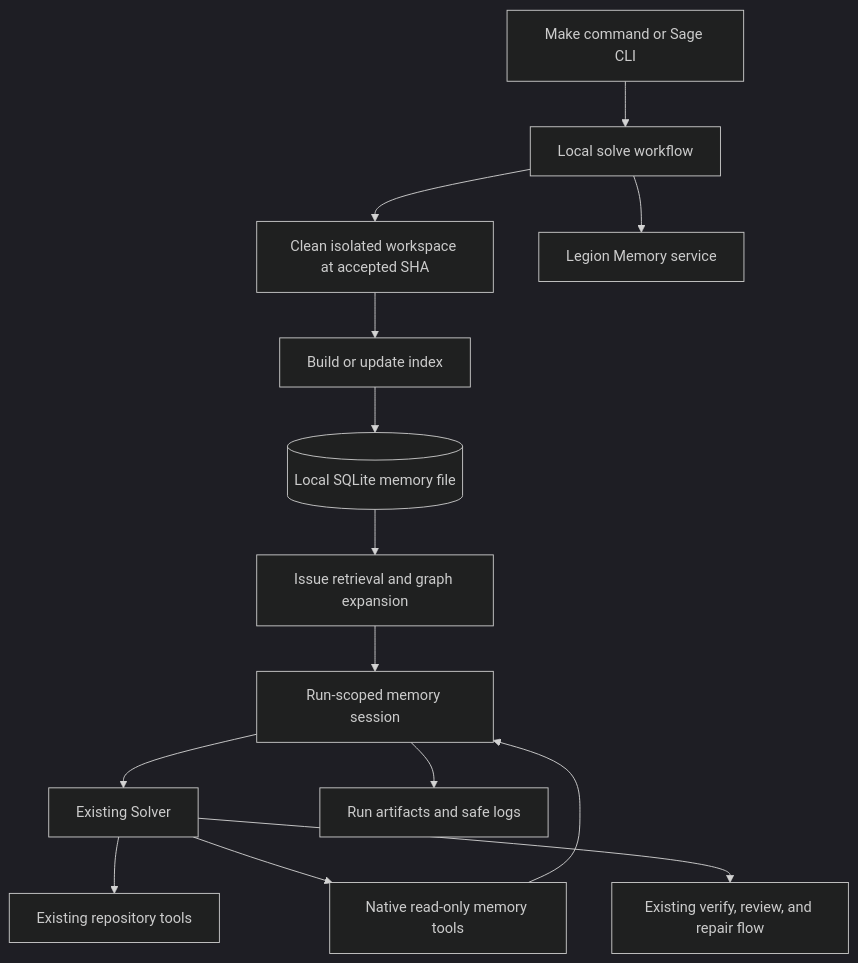
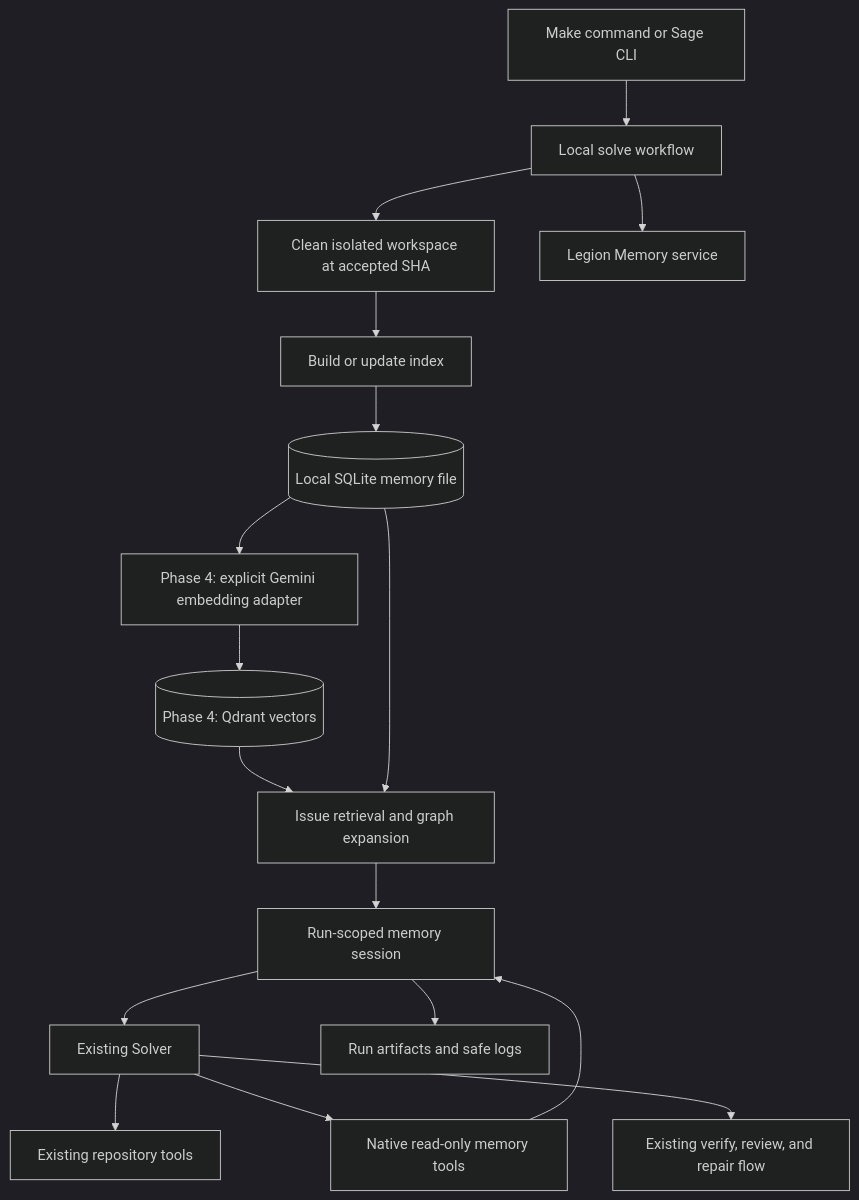
Before and after one commit to 24aysh/sage: the diagram in specs/25_LEGION_MEMORY_IMPLEMENTATION_PLAN.md, drawn with Mermaid (dark theme). The commit also changed other lines of this file, not shown here.

Commit message:
docs(legion-memory): record phase 4 plan and parity gaps

````diff
--- a/specs/25_LEGION_MEMORY_IMPLEMENTATION_PLAN.md
+++ b/specs/25_LEGION_MEMORY_IMPLEMENTATION_PLAN.md
@@ -153,30 +278,35 @@
 ```mermaid
 flowchart TD
     Make[Make command or Sage CLI]
     Workflow[Local solve workflow]
     Workspace[Clean isolated workspace at accepted SHA]
     Engine[Legion Memory service]
     Builder[Build or update index]
     DB[(Local SQLite memory file)]
+    Embed[Phase 4: explicit Gemini embedding adapter]
+    Vectors[(Phase 4: Qdrant vectors)]
     Retriever[Issue retrieval and graph expansion]
     Session[Run-scoped memory session]
     Solver[Existing Solver]
     RepoTools[Existing repository tools]
     MemoryTools[Native read-only memory tools]
     Artifacts[Run artifacts and safe logs]
     Existing[Existing verify, review, and repair flow]
 
     Make --> Workflow
     Workflow --> Workspace
     Workflow --> Engine
     Workspace --> Builder
     Builder --> DB
+    DB --> Embed
+    Embed --> Vectors
+    Vectors --> Retriever
     DB --> Retriever
     Retriever --> Session
     Session --> Solver
     Solver --> RepoTools
     Solver --> MemoryTools
     MemoryTools --> Session
     Session --> Artifacts
     Solver --> Existing
 ```
````
